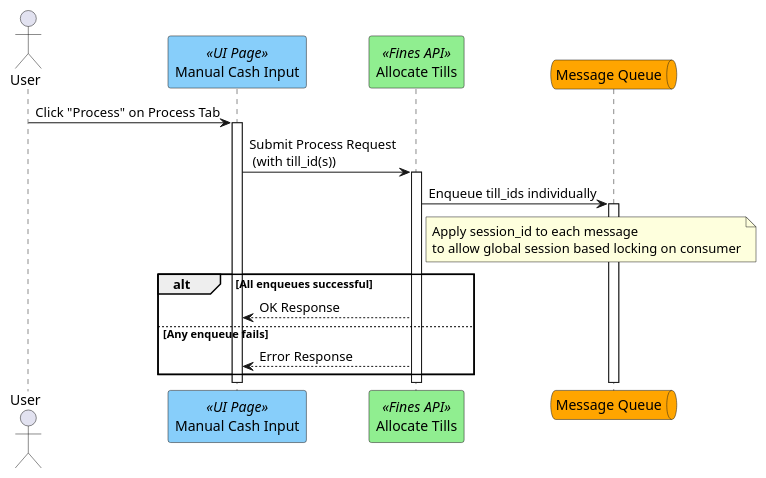
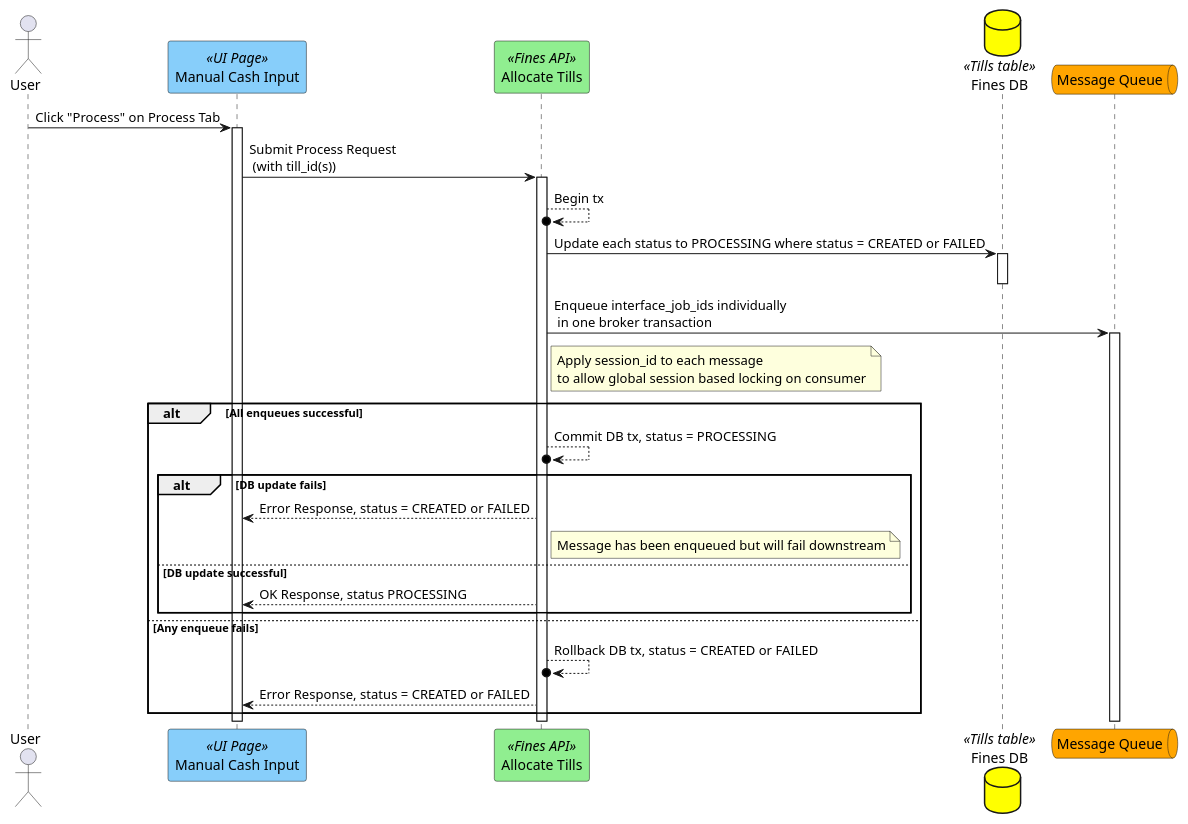
Before and after one commit to hmcts/opal-docs: the diagram in plantUML/payments-in/allocate-tills/manual-payments-allocate-tills.puml, drawn with PlantUML. The commit also changed 3 other files, not shown here.

```diff
--- a/plantUML/payments-in/allocate-tills/manual-payments-allocate-tills.puml
+++ b/plantUML/payments-in/allocate-tills/manual-payments-allocate-tills.puml
@@ -1,17 +1,27 @@
 @startuml
 actor "User" as user
 participant "Manual Cash Input" as process <<UI Page>> #lightskyblue
-participant "Allocate Tills" as processJobs <<Fines API>> #lightgreen
-
+participant "Allocate Tills" as allocateTills <<Fines API>> #lightgreen
+database "Fines DB" as db <<Tills table>> #Yellow
 queue Queue as "Message Queue" #Orange
 
 user -> process ++: Click "Process" on Process Tab
-process -> processJobs ++ : Submit Process Request \n (with till_id(s))
-processJobs -> Queue ++: Enqueue till_ids individually
-note right of processJobs: Apply session_id to each message \nto allow global session based locking on consumer
-    alt All enqueues successful
-        processJobs --> process : OK Response
+process -> allocateTills ++ : Submit Process Request \n (with till_id(s))
+allocateTills -->o allocateTills : Begin tx
+allocateTills -> db ++: Update each status to PROCESSING where status = CREATED or FAILED
+deactivate db
+allocateTills -> Queue ++: Enqueue interface_job_ids individually \n in one broker transaction
+note right of allocateTills: Apply session_id to each message \nto allow global session based locking on consumer
+alt All enqueues successful
+        allocateTills -->o allocateTills : Commit DB tx, status = PROCESSING
+        alt DB update fails
+            allocateTills --> process : Error Response, status = CREATED or FAILED
+            note right allocateTills : Message has been enqueued but will fail downstream
+        else DB update successful
+            allocateTills --> process : OK Response, status PROCESSING
+        end
     else Any enqueue fails
-        processJobs --> process : Error Response
+        allocateTills -->o allocateTills :  Rollback DB tx, status = CREATED or FAILED
+        allocateTills --> process : Error Response, status = CREATED or FAILED
     end
 @enduml
```
